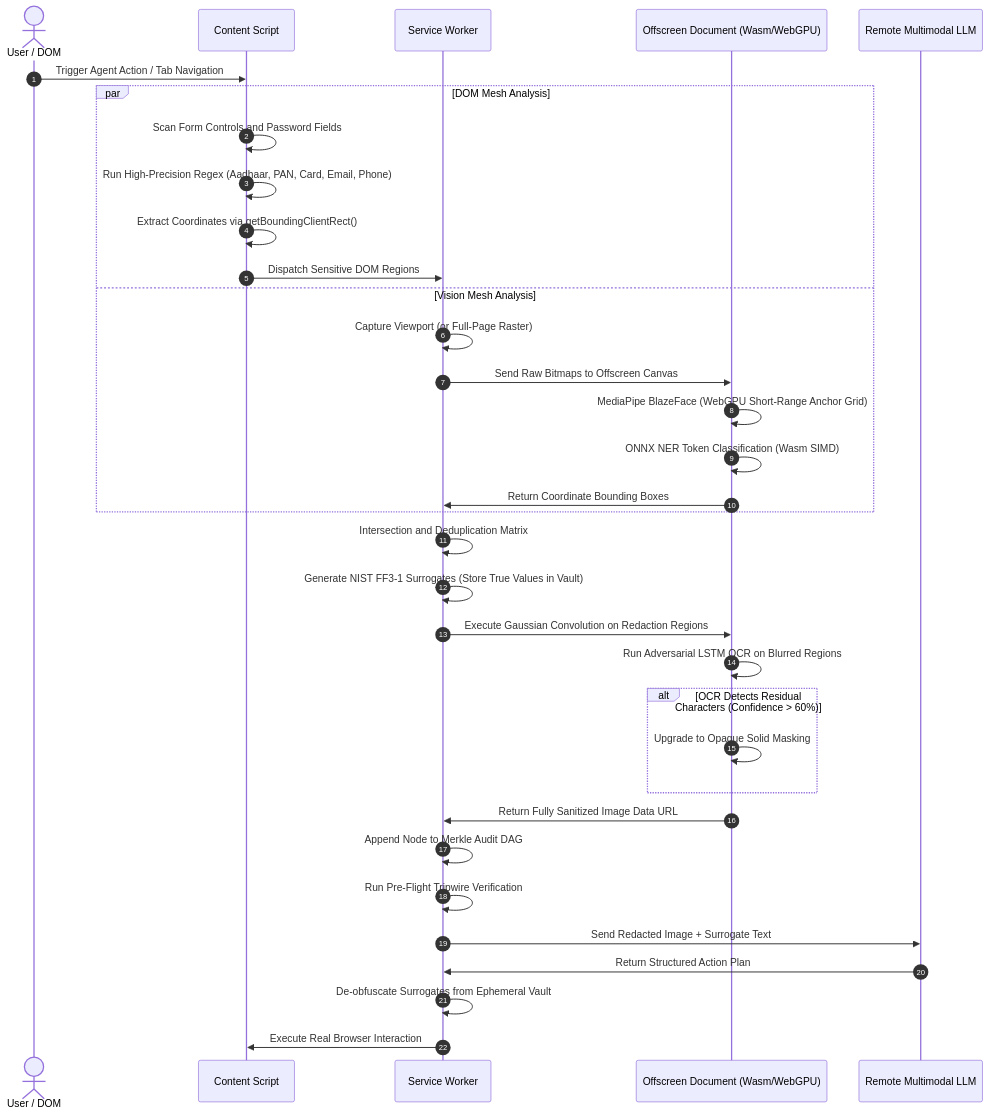
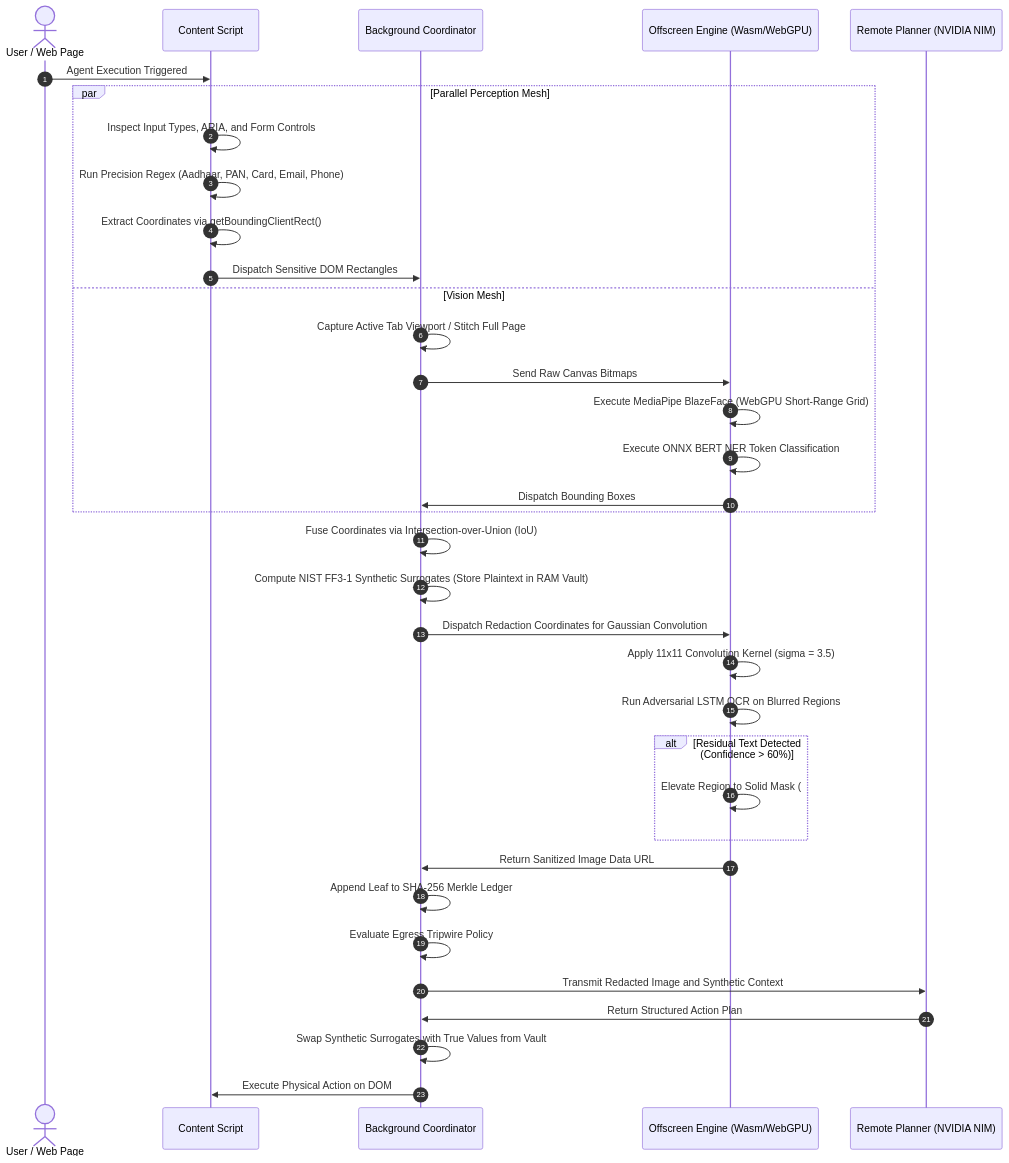
Before and after one commit to shashank-tomar0/pry: the second of 4 diagrams in README.md, drawn with Mermaid. The commit also changed other lines of this file, not shown here.

Commit message:
docs: add detailed TOC, architectural threat model, and zero-emoji specs

````diff
--- a/README.md
+++ b/README.md
@@ -90,38 +170,39 @@
 ```mermaid
 sequenceDiagram
     autonumber
-    actor User as User / DOM
+    actor User as User / Web Page
     participant CS as Content Script
-    participant SW as Service Worker
-    participant OS as Offscreen Document (Wasm/WebGPU)
-    participant LLM as Remote Multimodal LLM
+    participant SW as Background Coordinator
+    participant OS as Offscreen Engine (Wasm/WebGPU)
+    participant LLM as Remote Planner (NVIDIA NIM)
 
-    User->>CS: Trigger Agent Action / Tab Navigation
-    par DOM Mesh Analysis
-        CS->>CS: Scan Form Controls and Password Fields
-        CS->>CS: Run High-Precision Regex (Aadhaar, PAN, Card, Email, Phone)
+    User->>CS: Agent Execution Triggered
+    par Parallel Perception Mesh
+        CS->>CS: Inspect Input Types, ARIA, and Form Controls
+        CS->>CS: Run Precision Regex (Aadhaar, PAN, Card, Email, Phone)
         CS->>CS: Extract Coordinates via getBoundingClientRect()
-        CS->>SW: Dispatch Sensitive DOM Regions
-    and Vision Mesh Analysis
-        SW->>SW: Capture Viewport (or Full-Page Raster)
-        SW->>OS: Send Raw Bitmaps to Offscreen Canvas
-        OS->>OS: MediaPipe BlazeFace (WebGPU Short-Range Anchor Grid)
-        OS->>OS: ONNX NER Token Classification (Wasm SIMD)
-        OS->>SW: Return Coordinate Bounding Boxes
+        CS->>SW: Dispatch Sensitive DOM Rectangles
+    and Vision Mesh
+        SW->>SW: Capture Active Tab Viewport / Stitch Full Page
+        SW->>OS: Send Raw Canvas Bitmaps
+        OS->>OS: Execute MediaPipe BlazeFace (WebGPU Short-Range Grid)
+        OS->>OS: Execute ONNX BERT NER Token Classification
+        OS->>SW: Dispatch Bounding Boxes
     end
 
-    SW->>SW: Intersection and Deduplication Matrix
-    SW->>SW: Generate NIST FF3-1 Surrogates (Store True Values in Vault)
-    SW->>OS: Execute Gaussian Convolution on Redaction Regions
+    SW->>SW: Fuse Coordinates via Intersection-over-Union (IoU)
+    SW->>SW: Compute NIST FF3-1 Synthetic Surrogates (Store Plaintext in RAM Vault)
+    SW->>OS: Dispatch Redaction Coordinates for Gaussian Convolution
+    OS->>OS: Apply 11x11 Convolution Kernel (sigma = 3.5)
     OS->>OS: Run Adversarial LSTM OCR on Blurred Regions
-    alt OCR Detects Residual Characters (Confidence > 60%)
-        OS->>OS: Upgrade to Opaque Solid Masking
+    alt Residual Text Detected (Confidence > 60%)
+        OS->>OS: Elevate Region to Solid Mask (#000000)
     end
-    OS->>SW: Return Fully Sanitized Image Data URL
-    SW->>SW: Append Node to Merkle Audit DAG
-    SW->>SW: Run Pre-Flight Tripwire Verification
-    SW->>LLM: Send Redacted Image + Surrogate Text
+    OS->>SW: Return Sanitized Image Data URL
+    SW->>SW: Append Leaf to SHA-256 Merkle Ledger
+    SW->>SW: Evaluate Egress Tripwire Policy
+    SW->>LLM: Transmit Redacted Image and Synthetic Context
     LLM->>SW: Return Structured Action Plan
-    SW->>SW: De-obfuscate Surrogates from Ephemeral Vault
-    SW->>CS: Execute Real Browser Interaction
+    SW->>SW: Swap Synthetic Surrogates with True Values from Vault
+    SW->>CS: Execute Physical Action on DOM
 ```
````
